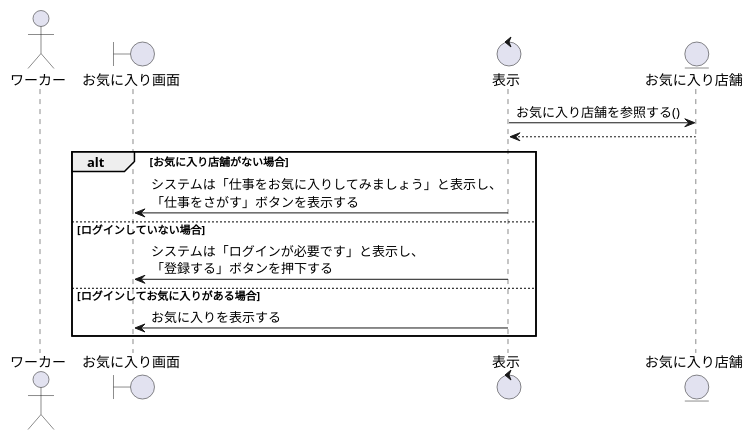
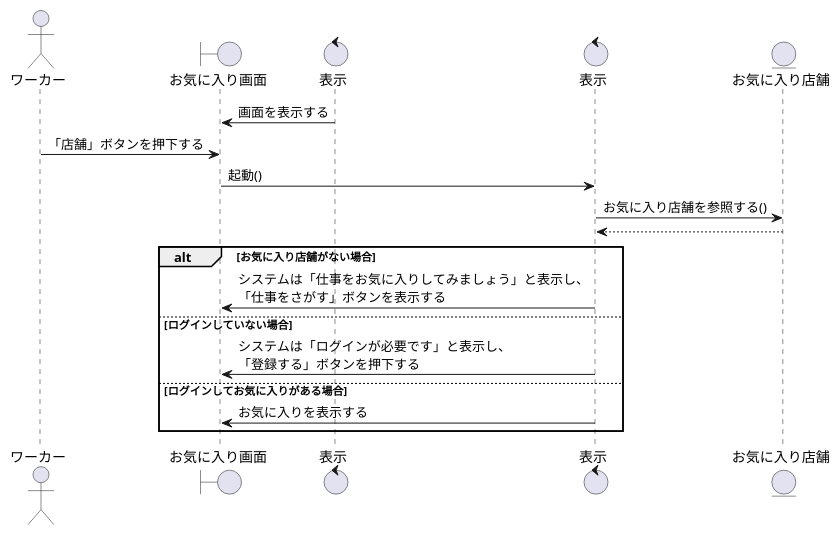
The diagram in sequence_fig/3_favorite_fn/1_お気に入りの店舗を閲覧する.pu (irukacb256/high_Me), drawn with PlantUML before and after one commit. The commit also changed 2 other files, not shown here.

```diff
--- a/sequence_fig/3_favorite_fn/1_お気に入りの店舗を閲覧する.pu
+++ b/sequence_fig/3_favorite_fn/1_お気に入りの店舗を閲覧する.pu
@@ -1,24 +1,29 @@
 @startuml お気に入りの店舗を閲覧する
 
 ' 1
 actor ワーカー as wo1
 boundary お気に入り画面 as fv1
 control 表示 as co1
+control 表示 as co2
 
 entity お気に入り店舗 as fa1
 
 ' 2
-co1 -> fa1 : お気に入り店舗を参照する()
-co1 <-- fa1
+fv1 <- co1 :画面を表示する
+wo1 -> fv1 :「店舗」ボタンを押下する
+fv1 -> co2 :起動()
+
+co2 -> fa1 : お気に入り店舗を参照する()
+co2 <-- fa1
 alt お気に入り店舗がない場合
-    co1 -> fv1 : システムは「仕事をお気に入りしてみましょう」と表示し、\n「仕事をさがす」ボタンを表示する
+    co2 -> fv1 : システムは「仕事をお気に入りしてみましょう」と表示し、\n「仕事をさがす」ボタンを表示する
 
 else ログインしていない場合
-    co1 -> fv1 : システムは「ログインが必要です」と表示し、\n「登録する」ボタンを押下する
+    co2 -> fv1 : システムは「ログインが必要です」と表示し、\n「登録する」ボタンを押下する
 
 else ログインしてお気に入りがある場合
-    co1 -> fv1 : お気に入りを表示する
+    co2 -> fv1 : お気に入りを表示する
 
 end
 
 @enduml
```
